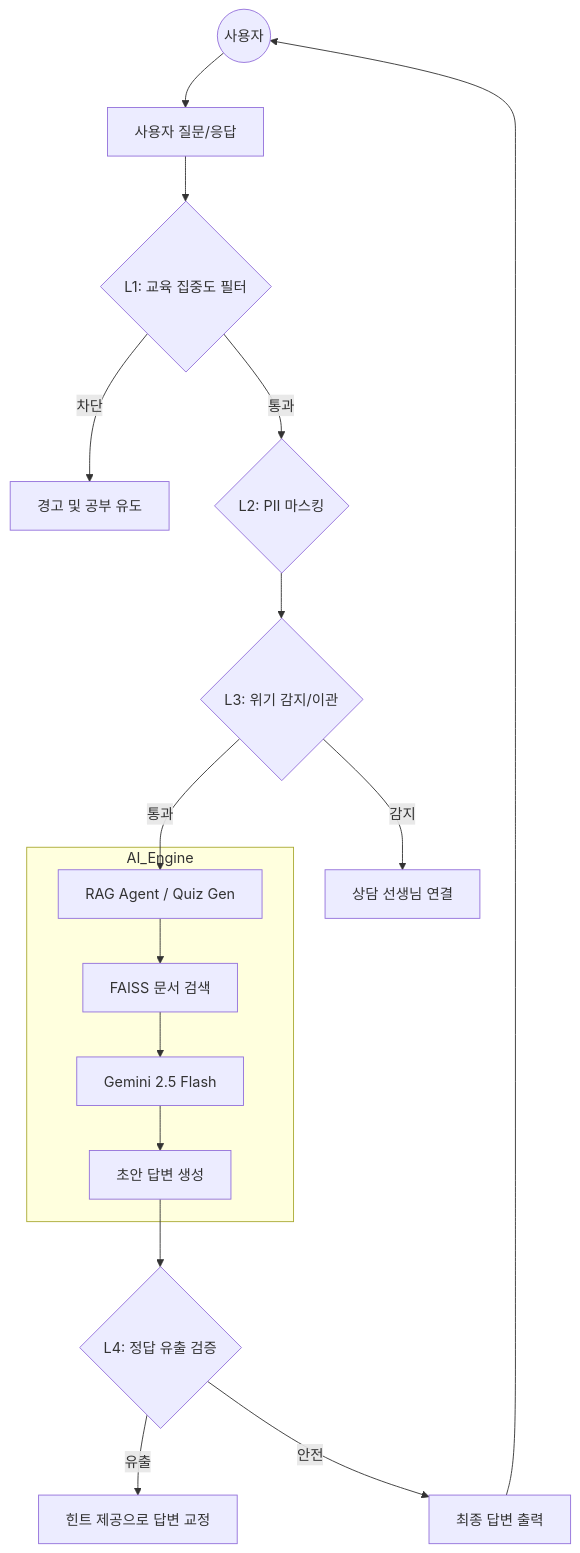
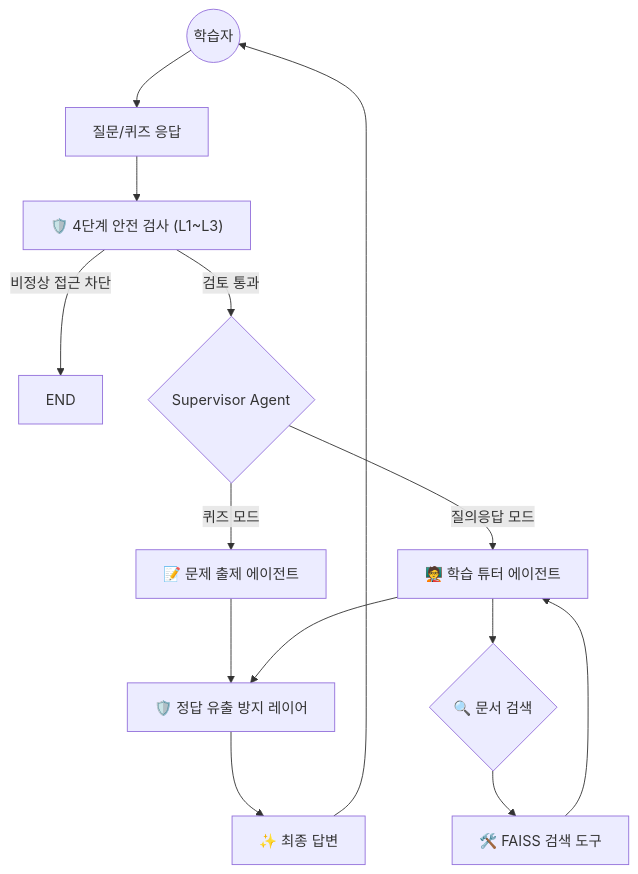
Before and after one commit to postforty/langchian-quiz-chatbot: the diagram in README.md, drawn with Mermaid. The commit also changed other lines of this file, not shown here.

````diff
--- a/README.md
+++ b/README.md
@@ -21,21 +17,21 @@
 ```mermaid
 graph TD
-    User((사용자)) --> Input[사용자 질문/응답]
-    Input --> G1{L1: 교육 집중도 필터}
-    G1 -- 차단 --> Block1[경고 및 공부 유도]
-    G1 -- 통과 --> G2{L2: PII 마스킹}
-    G2 --> G3{L3: 위기 감지/이관}
-    G3 -- 감지 --> Escalation[상담 선생님 연결]
-    G3 -- 통과 --> Agent[RAG Agent / Quiz Gen]
+    User((학습자)) --> Input[질문/퀴즈 응답]
+    Input --> Guardrail["🛡️ 4단계 안전 검사 (L1~L3)"]
     
-    subgraph AI_Engine
-    Agent --> Search[FAISS 문서 검색]
-    Search --> LLM[Gemini 2.5 Flash]
-    LLM --> Response[초안 답변 생성]
-    end
+    Guardrail -- "비정상 접근 차단" --> END
+    Guardrail -- "검토 통과" --> Supervisor{Supervisor Agent}
     
-    Response --> G4{L4: 정답 유출 검증}
-    G4 -- 유출 --> Correction[힌트 제공으로 답변 교정]
-    G4 -- 안전 --> FinalResponse[최종 답변 출력]
+    Supervisor -- "퀴즈 모드" --> Quiz["📝 문제 출제 에이전트"]
+    Supervisor -- "질의응답 모드" --> Tutor["🧑‍🏫 학습 튜터 에이전트"]
+    
+    Tutor --> Search{"🔍 문서 검색"}
+    Search --> Tools["🛠️ FAISS 검색 도구"]
+    Tools --> Tutor
+    
+    Quiz --> L4["🛡️ 정답 유출 방지 레이어"]
+    Tutor --> L4
+    
+    L4 --> FinalResponse["✨ 최종 답변"]
     FinalResponse --> User
 ```
````
